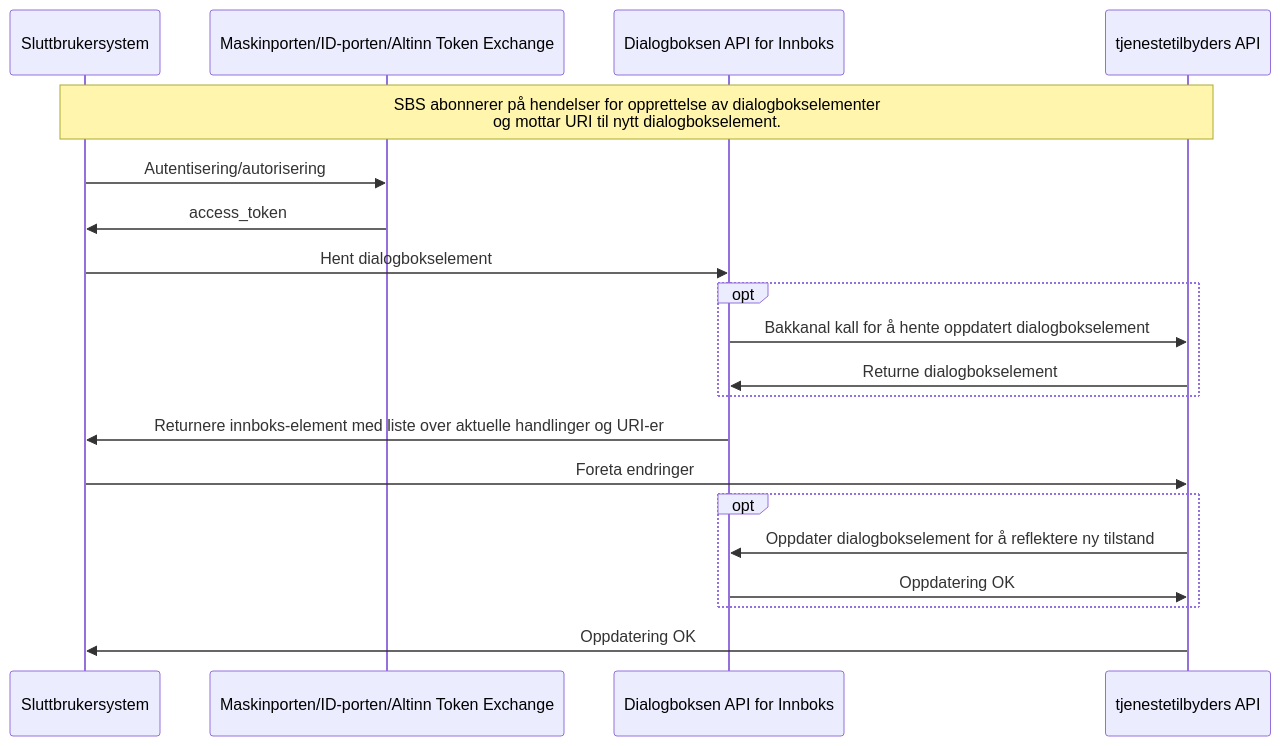
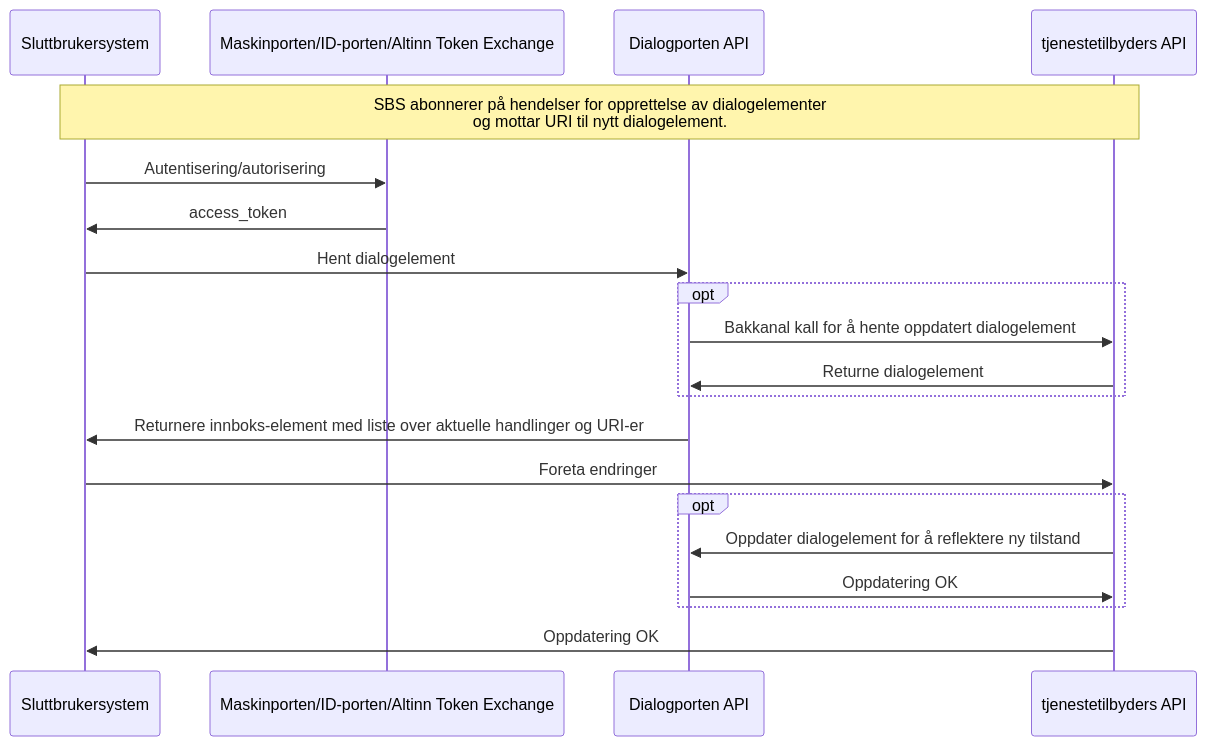
The third of 6 diagrams in dialogporten.md (elsand/elsand.github.io), drawn with Mermaid before and after one commit. The commit also changed other lines of this file and 1 other file, not shown here.

````diff
--- a/dialogporten.md
+++ b/dialogporten.md
@@ -295,22 +297,22 @@
 ```mermaid!
 sequenceDiagram
     participant SBS as Sluttbrukersystem
     participant EID as Maskinporten/ID-porten/Altinn Token Exchange
-    participant API as Dialogboksen API for Innboks
+    participant API as Dialogporten API
     participant TEAPI as tjenestetilbyders API
-note over SBS,TEAPI: SBS abonnerer på hendelser for opprettelse av dialogbokselementer<br>og mottar URI til nytt dialogbokselement.
+note over SBS,TEAPI: SBS abonnerer på hendelser for opprettelse av dialogelementer<br>og mottar URI til nytt dialogelement.
 SBS->>EID: Autentisering/autorisering
 EID->>SBS: access_token
-SBS->>API: Hent dialogbokselement
+SBS->>API: Hent dialogelement
 opt
-    API->>TEAPI: Bakkanal kall for å hente oppdatert dialogbokselement
-    TEAPI->>API: Returne dialogbokselement
+    API->>TEAPI: Bakkanal kall for å hente oppdatert dialogelement
+    TEAPI->>API: Returne dialogelement
 end
 API->>SBS: Returnere innboks-element med liste over aktuelle handlinger og URI-er
 SBS->>TEAPI: Foreta endringer
 opt
-    TEAPI->>API: Oppdater dialogbokselement for å reflektere ny tilstand
+    TEAPI->>API: Oppdater dialogelement for å reflektere ny tilstand
     API->>TEAPI: Oppdatering OK
 end
 TEAPI->>SBS: Oppdatering OK
 ```
````
